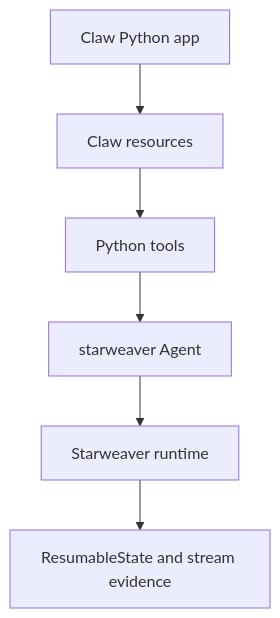
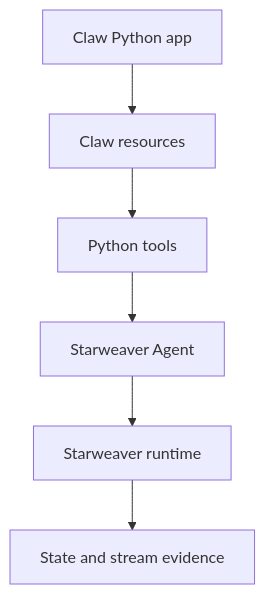
One commit to Wh1isper/starweaver changed the diagram in spec/sdk/python/05-ecosystem-and-claw.md. Above: the diagram before and after it, drawn with Mermaid. The commit also changed other lines of this file and 70 other files, not shown here.

````diff
--- a/spec/sdk/python/05-ecosystem-and-claw.md
+++ b/spec/sdk/python/05-ecosystem-and-claw.md
@@ -145,15 +244,15 @@
 ```mermaid
 flowchart TD
     claw["Claw Python app"]
     resources["Claw resources"]
-    py_tools["Python tools"]
-    agent["starweaver Agent"]
+    tools["Python tools"]
+    agent["Starweaver Agent"]
     runtime["Starweaver runtime"]
-    state["ResumableState and stream evidence"]
+    evidence["State and stream evidence"]
 
     claw --> resources
-    resources --> py_tools
-    py_tools --> agent
+    resources --> tools
+    tools --> agent
     agent --> runtime
-    runtime --> state
+    runtime --> evidence
 ```
````
